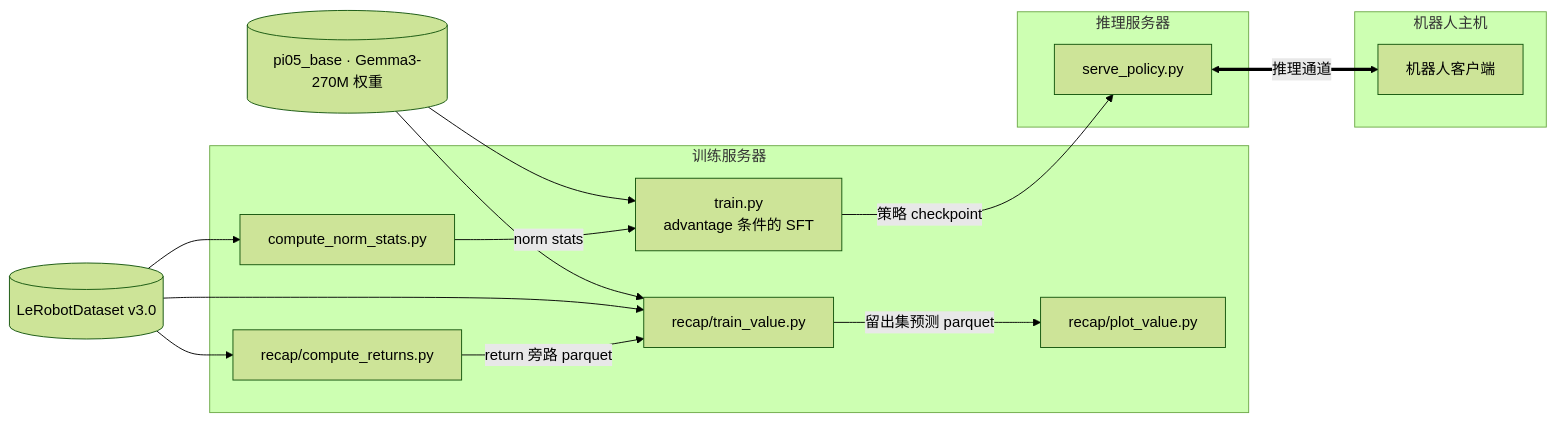
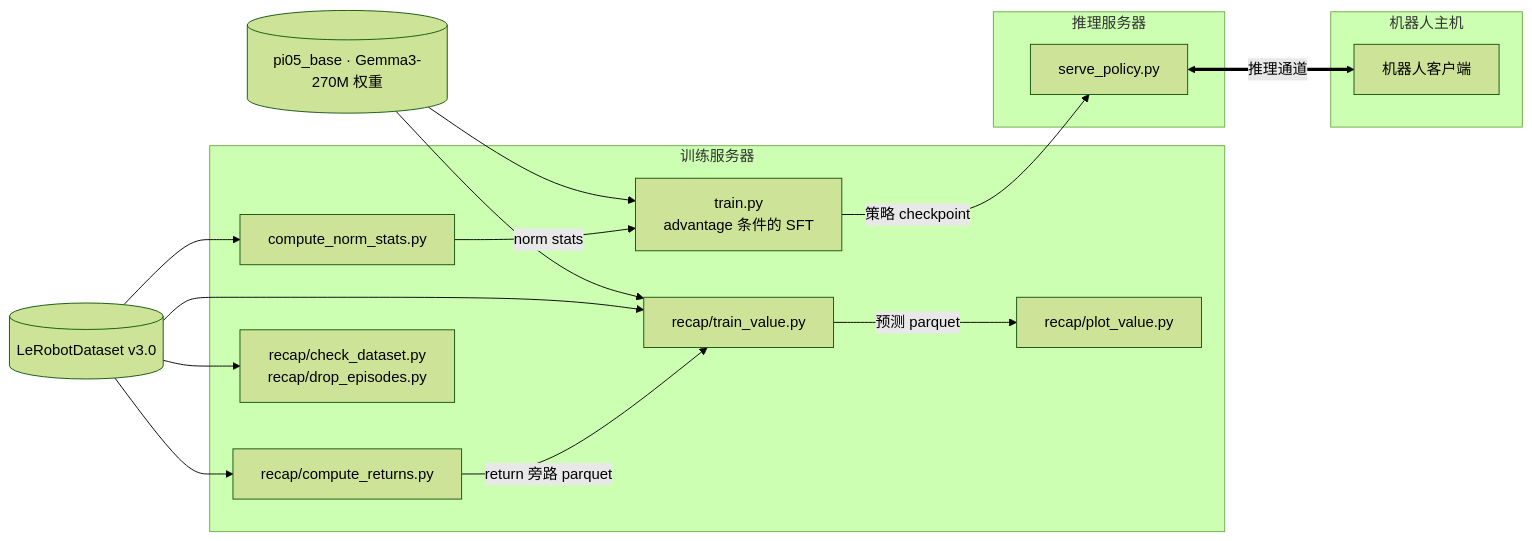
Before and after one commit to AtticusZeller/vla-post-train: the first of 4 diagrams in docs/xense-openpi/codebase.md, drawn with Mermaid (forest theme). The commit also changed other lines of this file and 56 other files, not shown here.

First line of the commit message:
docs(xense-openpi): record advantage-label gate plots and dataset check, bump submodule

````diff
--- a/docs/xense-openpi/codebase.md
+++ b/docs/xense-openpi/codebase.md
@@ -9,28 +9,30 @@
 ```mermaid
 flowchart LR
     DS[("LeRobotDataset v3.0")]
     PRE[("pi05_base · Gemma3-270M 权重")]
     subgraph TRAIN["训练服务器"]
         NS["compute_norm_stats.py"]
         TR["train.py<br/>advantage 条件的 SFT"]
         CR["recap/compute_returns.py"]
         TV["recap/train_value.py"]
         PV["recap/plot_value.py"]
+        CD["recap/check_dataset.py<br/>recap/drop_episodes.py"]
         NS -- "norm stats" --> TR
         CR -- "return 旁路 parquet" --> TV
-        TV -- "留出集预测 parquet" --> PV
+        TV -- "预测 parquet" --> PV
     end
     subgraph INFER["推理服务器"]
         SV["serve_policy.py"]
     end
     subgraph ROBOT["机器人主机"]
         MAIN["机器人客户端"]
     end
     DS --> NS
     DS --> CR
+    DS --> CD
     DS --> TV
     PRE --> TR
     PRE --> TV
     TR -- "策略 checkpoint" --> SV
     SV <== "推理通道" ==> MAIN
 ```
````
